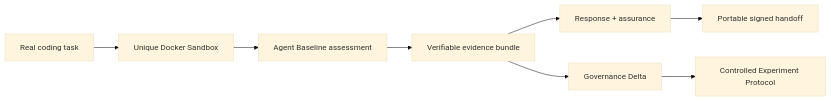
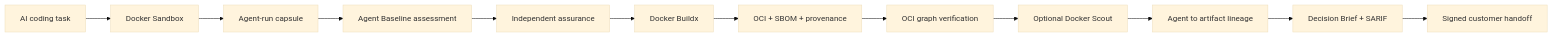
Before and after one commit to riccardomenegazzo/agent-baseline-evidence-lab: the diagram in README.md, drawn with Mermaid (base theme). The commit also changed other lines of this file, not shown here.

Commit message:
docs: make customer trust chain the project front door

````diff
--- a/README.md
+++ b/README.md
@@ -36,10 +27,14 @@
 ```mermaid
 flowchart LR
-    A[Real coding task] --> B[Unique Docker Sandbox]
-    B --> C[Agent Baseline assessment]
-    C --> D[Verifiable evidence bundle]
-    D --> E[Response + assurance]
-    E --> F[Portable signed handoff]
-    D --> G[Governance Delta]
-    G --> H[Controlled Experiment Protocol]
+    A[AI coding task] --> B[Docker Sandbox]
+    B --> C[Agent-run capsule]
+    C --> D[Agent Baseline assessment]
+    D --> E[Independent assurance]
+    E --> F[Docker Buildx]
+    F --> G[OCI + SBOM + provenance]
+    G --> H[OCI graph verification]
+    H --> I[Optional Docker Scout]
+    I --> J[Agent to artifact lineage]
+    J --> K[Decision Brief + SARIF]
+    K --> L[Signed customer handoff]
 ```
````
